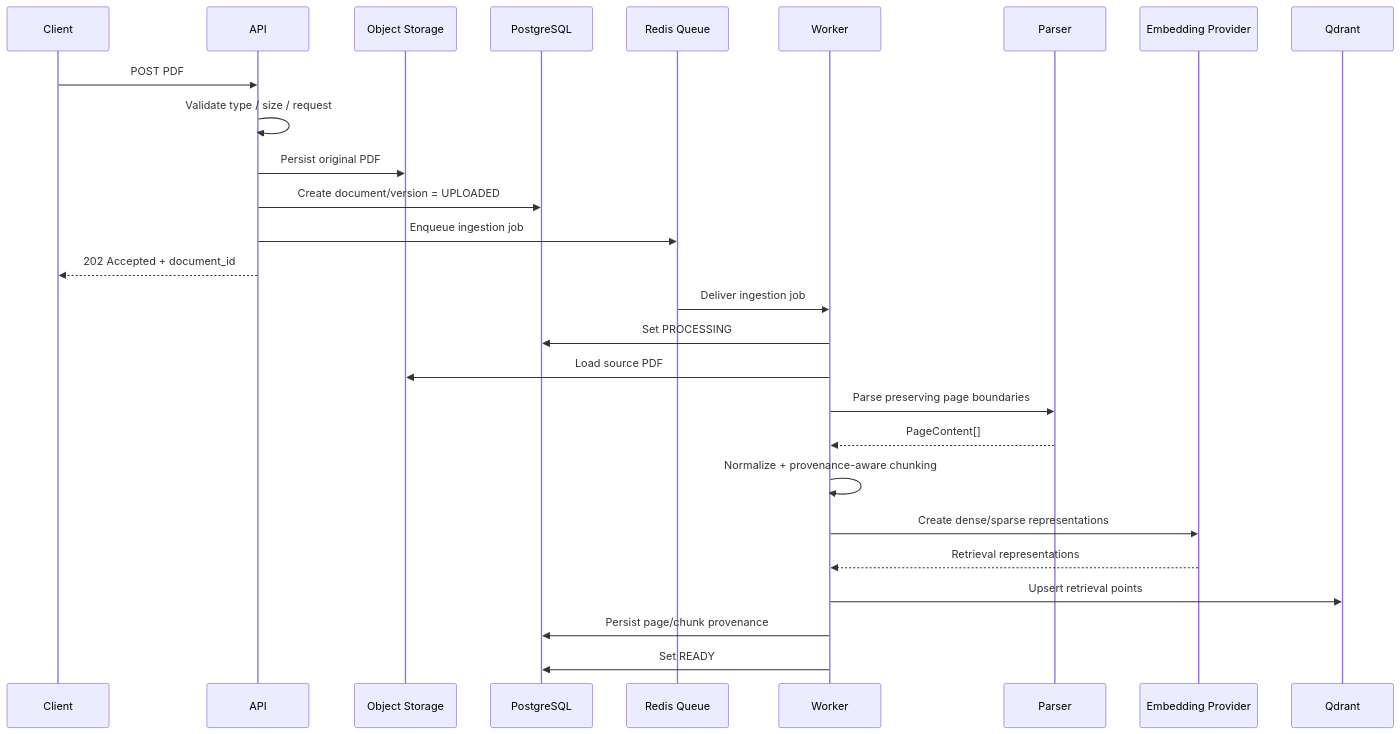
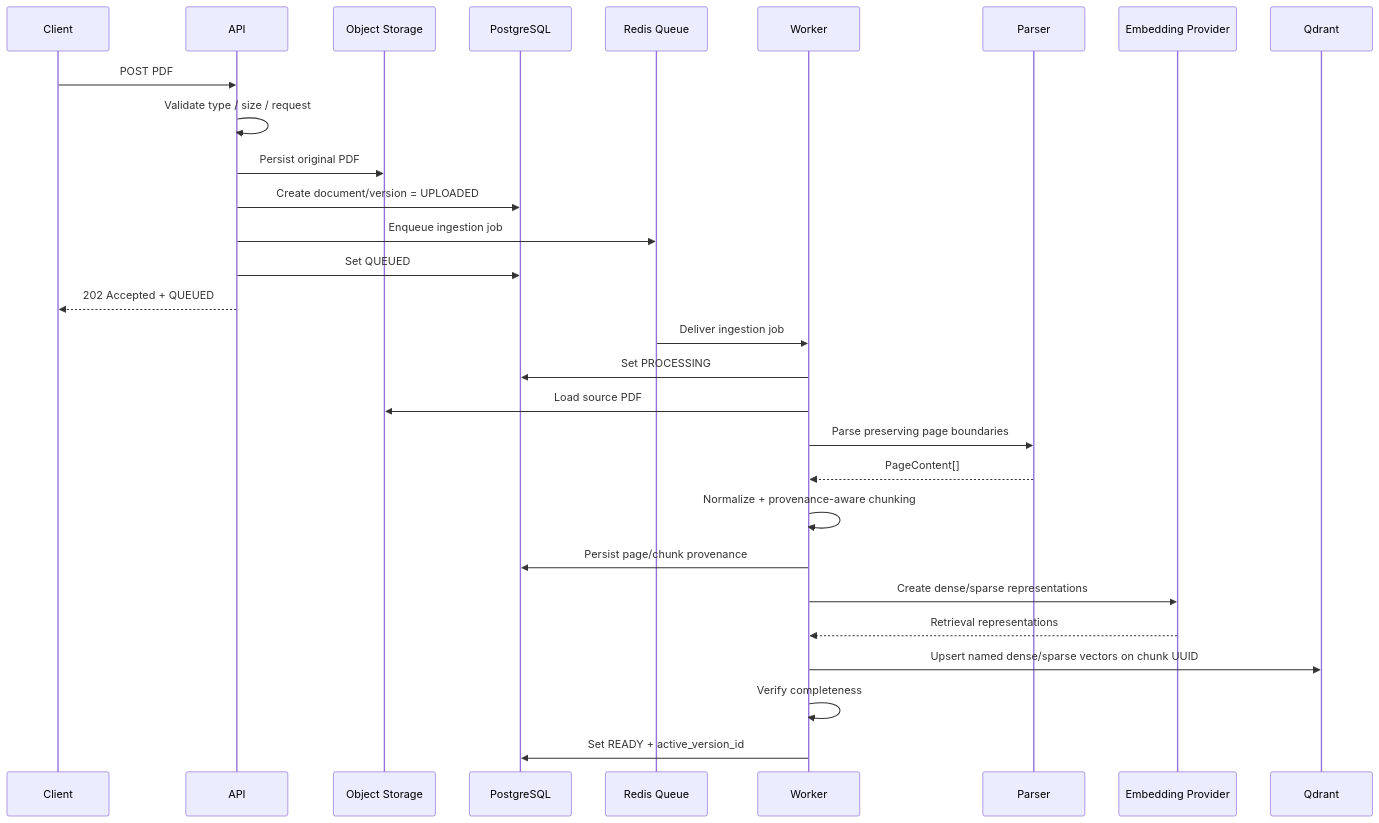
The first of 3 diagrams in docs/architecture/diagrams/04-sequence-diagrams.md (pranjulya/cited-RAG-Bot), drawn with Mermaid before and after one commit. The commit also changed 45 other files, not shown here.

First line of the commit message:
docs: freeze V1 architecture contracts in ADR-011

````diff
--- a/docs/architecture/diagrams/04-sequence-diagrams.md
+++ b/docs/architecture/diagrams/04-sequence-diagrams.md
@@ -5,31 +5,33 @@
 ```mermaid
 sequenceDiagram
     participant Client
     participant API
     participant Store as Object Storage
     participant PG as PostgreSQL
     participant Queue as Redis Queue
     participant Worker
     participant Parser
     participant Embed as Embedding Provider
     participant QD as Qdrant
 
     Client->>API: POST PDF
     API->>API: Validate type / size / request
     API->>Store: Persist original PDF
     API->>PG: Create document/version = UPLOADED
     API->>Queue: Enqueue ingestion job
-    API-->>Client: 202 Accepted + document_id
+    API->>PG: Set QUEUED
+    API-->>Client: 202 Accepted + QUEUED
 
     Queue->>Worker: Deliver ingestion job
     Worker->>PG: Set PROCESSING
     Worker->>Store: Load source PDF
     Worker->>Parser: Parse preserving page boundaries
     Parser-->>Worker: PageContent[]
     Worker->>Worker: Normalize + provenance-aware chunking
+    Worker->>PG: Persist page/chunk provenance
     Worker->>Embed: Create dense/sparse representations
     Embed-->>Worker: Retrieval representations
-    Worker->>QD: Upsert retrieval points
-    Worker->>PG: Persist page/chunk provenance
-    Worker->>PG: Set READY
+    Worker->>QD: Upsert named dense/sparse vectors on chunk UUID
+    Worker->>Worker: Verify completeness
+    Worker->>PG: Set READY + active_version_id
 ```
````
